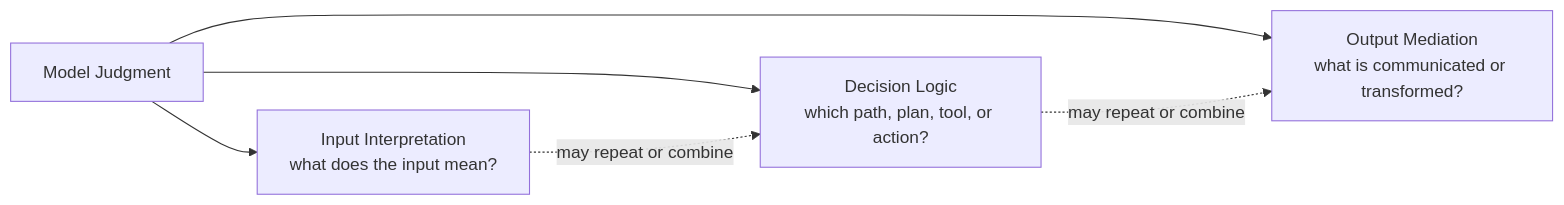
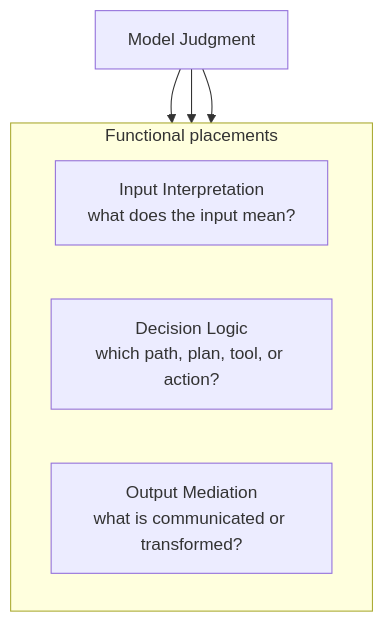
Before and after one commit to UncertaintyArchitectureGroup/uncertainty-architecture: the fourth of 14 diagrams in content/research/notes/open-engineering-specification-article-draft.md, drawn with Mermaid. The commit also changed other lines of this file and 1 other file, not shown here.

````diff
--- a/content/research/notes/open-engineering-specification-article-draft.md
+++ b/content/research/notes/open-engineering-specification-article-draft.md
@@ -191,14 +201,15 @@
 ```mermaid
-flowchart LR
-    MJ[Model Judgment]
-    I["Input Interpretation<br/>what does the input mean?"]
-    D["Decision Logic<br/>which path, plan, tool, or action?"]
-    O["Output Mediation<br/>what is communicated or transformed?"]
+flowchart TB
+    MJ["Model Judgment"]
+
+    subgraph P["Functional placements"]
+        direction LR
+        I["Input Interpretation<br/>what does the input mean?"]
+        D["Decision Logic<br/>which path, plan, tool, or action?"]
+        O["Output Mediation<br/>what is communicated or transformed?"]
+    end
 
     MJ --> I
     MJ --> D
     MJ --> O
-
-    I -. may repeat or combine .-> D
-    D -. may repeat or combine .-> O
 ```
````
